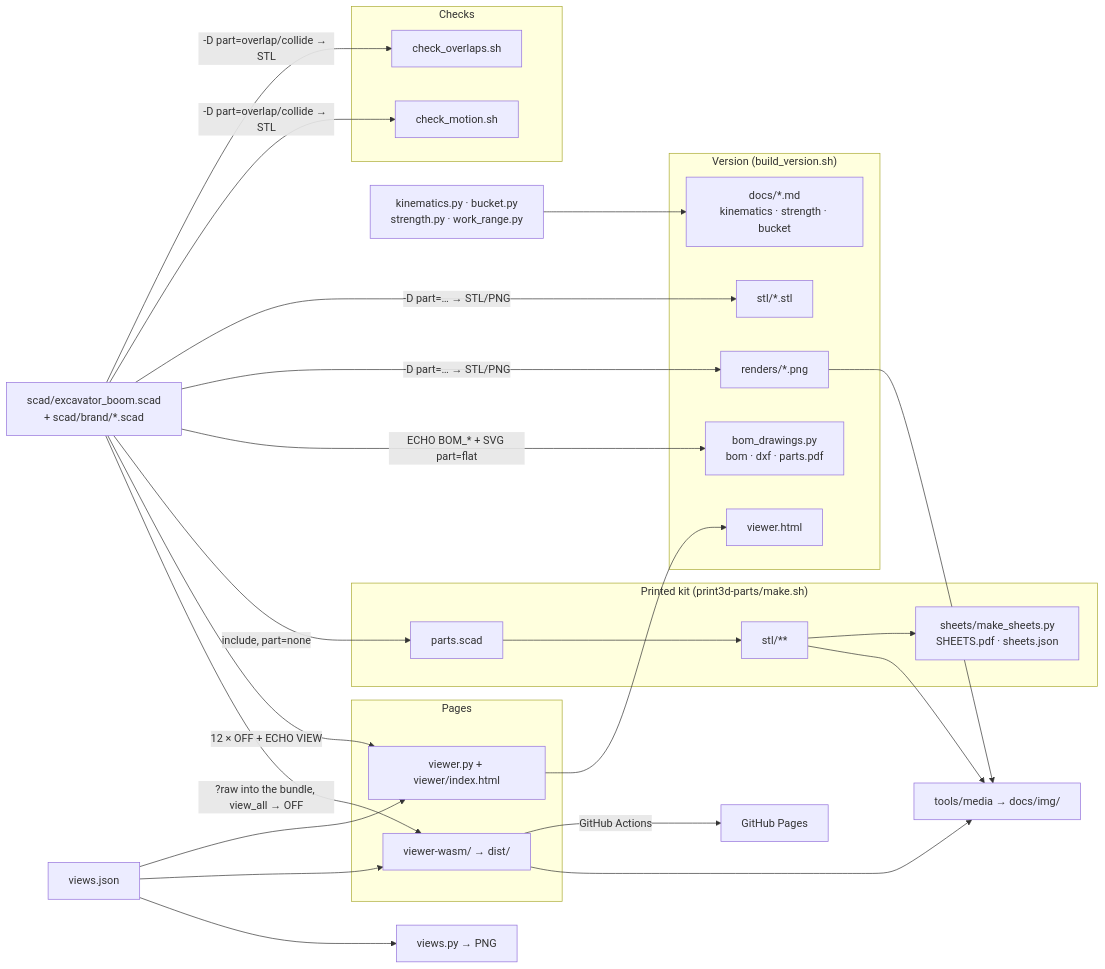
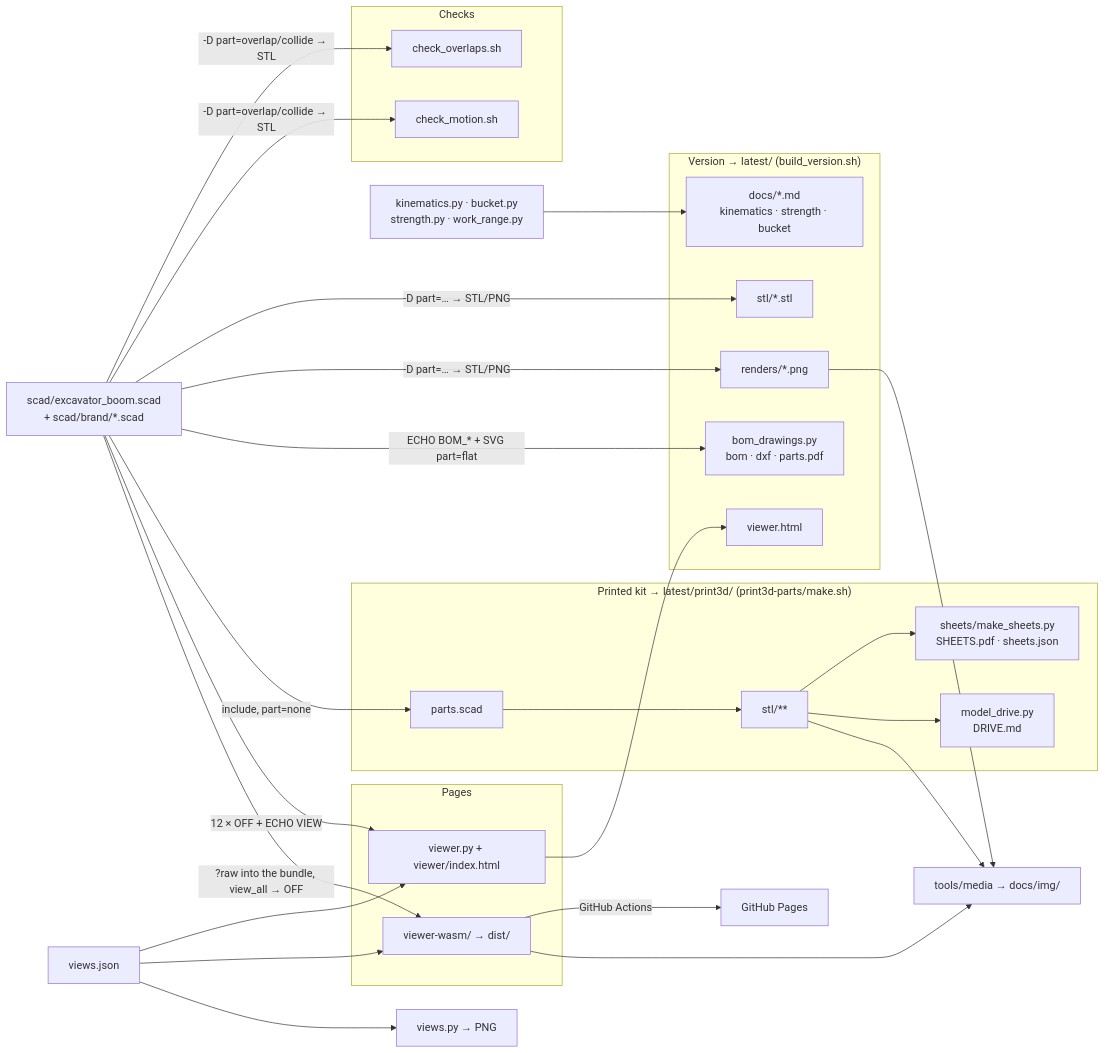
One commit to ibitlab/pub-excavator-openscad changed the diagram in docs/ARCHITECTURE.md. Above: the diagram before and after it, drawn with Mermaid. The commit also changed other lines of this file and 406 other files, not shown here.

First line of the commit message:
V006: latest/ as the current build, versions/ as the archive, kit inside the version

````diff
--- a/docs/ARCHITECTURE.md
+++ b/docs/ARCHITECTURE.md
@@ -29,35 +29,36 @@
 ```mermaid
 flowchart LR
   SCAD["scad/excavator_boom.scad<br/>+ scad/brand/*.scad"]
   subgraph Checks
     OV[check_overlaps.sh]
     MO[check_motion.sh]
   end
-  subgraph "Version (build_version.sh)"
+  subgraph "Version → latest/ (build_version.sh)"
     STL[stl/*.stl]
     PNG[renders/*.png]
     REP["docs/*.md<br/>kinematics · strength · bucket"]
     BOM["bom_drawings.py<br/>bom · dxf · parts.pdf"]
     VH[viewer.html]
   end
-  subgraph "Printed kit (print3d-parts/make.sh)"
+  subgraph "Printed kit → latest/print3d/ (print3d-parts/make.sh)"
     PS[parts.scad] --> PSTL[stl/**]
     PSTL --> SH["sheets/make_sheets.py<br/>SHEETS.pdf · sheets.json"]
+    PSTL --> DR["model_drive.py<br/>DRIVE.md"]
   end
   subgraph Pages
     SRV[viewer.py + viewer/index.html]
     WASM[viewer-wasm/ → dist/]
   end
   SCAD -->|"-D part=overlap/collide → STL"| OV & MO
   SCAD -->|"-D part=… → STL/PNG"| STL & PNG
   SCAD -->|"ECHO BOM_* + SVG part=flat"| BOM
   SCAD -->|"include, part=none"| PS
   SCAD -->|"12 × OFF + ECHO VIEW"| SRV
   SCAD -->|"?raw into the bundle, view_all → OFF"| WASM
   PY["kinematics.py · bucket.py<br/>strength.py · work_range.py"] --> REP
   VJ[views.json] --> SRV & WASM
   VJ --> VP[views.py → PNG]
   SRV --> VH
   WASM -->|"GitHub Actions"| PAGES[GitHub Pages]
   PNG & PSTL & WASM --> MEDIA["tools/media → docs/img/"]
 ```
````
